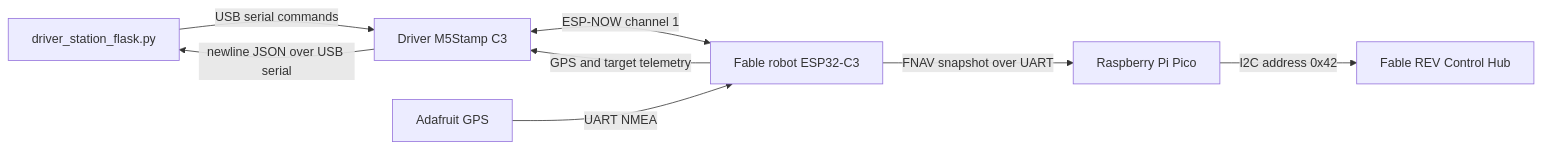
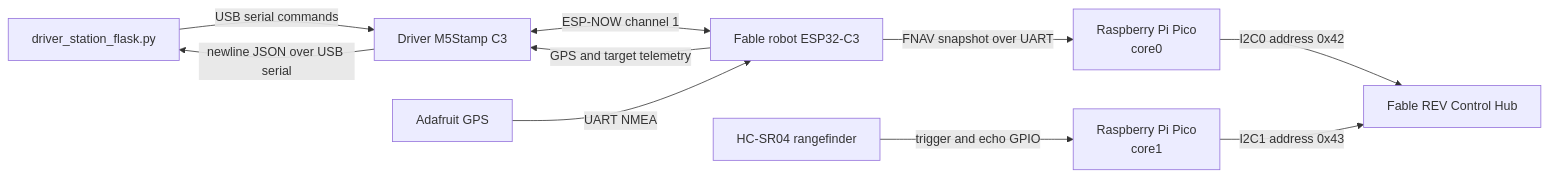
One commit to shaheerrrrr/next2026 changed the second of 2 diagrams in docs/architecture.md. Above: the diagram before and after it, drawn with Mermaid. The commit also changed other lines of this file and 206 other files, not shown here.

````diff
--- a/docs/architecture.md
+++ b/docs/architecture.md
@@ -50,10 +50,12 @@
 ```mermaid
 flowchart LR
     Host["driver_station_flask.py"] -->|"USB serial commands"| DriverC3["Driver M5Stamp C3"]
     DriverC3 <-->|"ESP-NOW channel 1"| RobotC3["Fable robot ESP32-C3"]
     GPS["Adafruit GPS"] -->|"UART NMEA"| RobotC3
-    RobotC3 -->|"FNAV snapshot over UART"| Pico["Raspberry Pi Pico"]
-    Pico -->|"I2C address 0x42"| FableHub["Fable REV Control Hub"]
+    RobotC3 -->|"FNAV snapshot over UART"| Pico["Raspberry Pi Pico\ncore0"]
+    Pico -->|"I2C0 address 0x42"| FableHub["Fable REV Control Hub"]
+    Sonar["HC-SR04 rangefinder"] -->|"trigger and echo GPIO"| PicoCore1["Raspberry Pi Pico\ncore1"]
+    PicoCore1 -->|"I2C1 address 0x43"| FableHub
     RobotC3 -->|"GPS and target telemetry"| DriverC3
     DriverC3 -->|"newline JSON over USB serial"| Host
 ```
````
